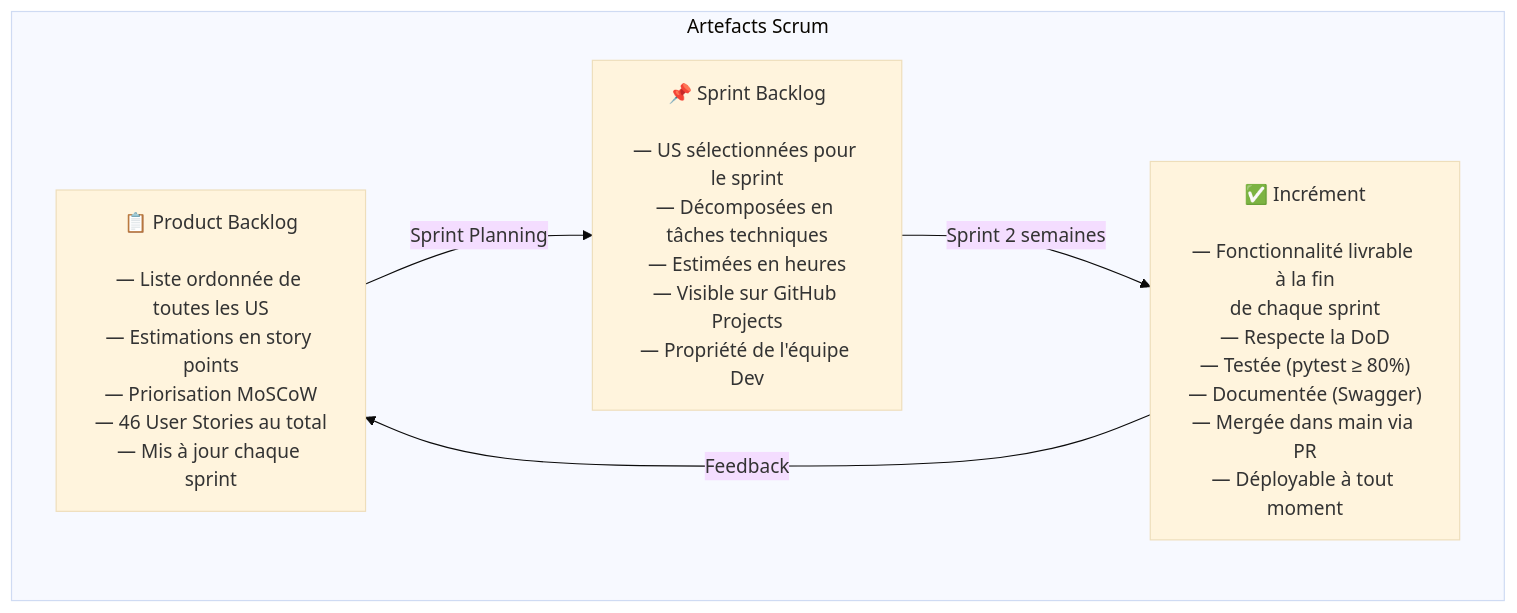
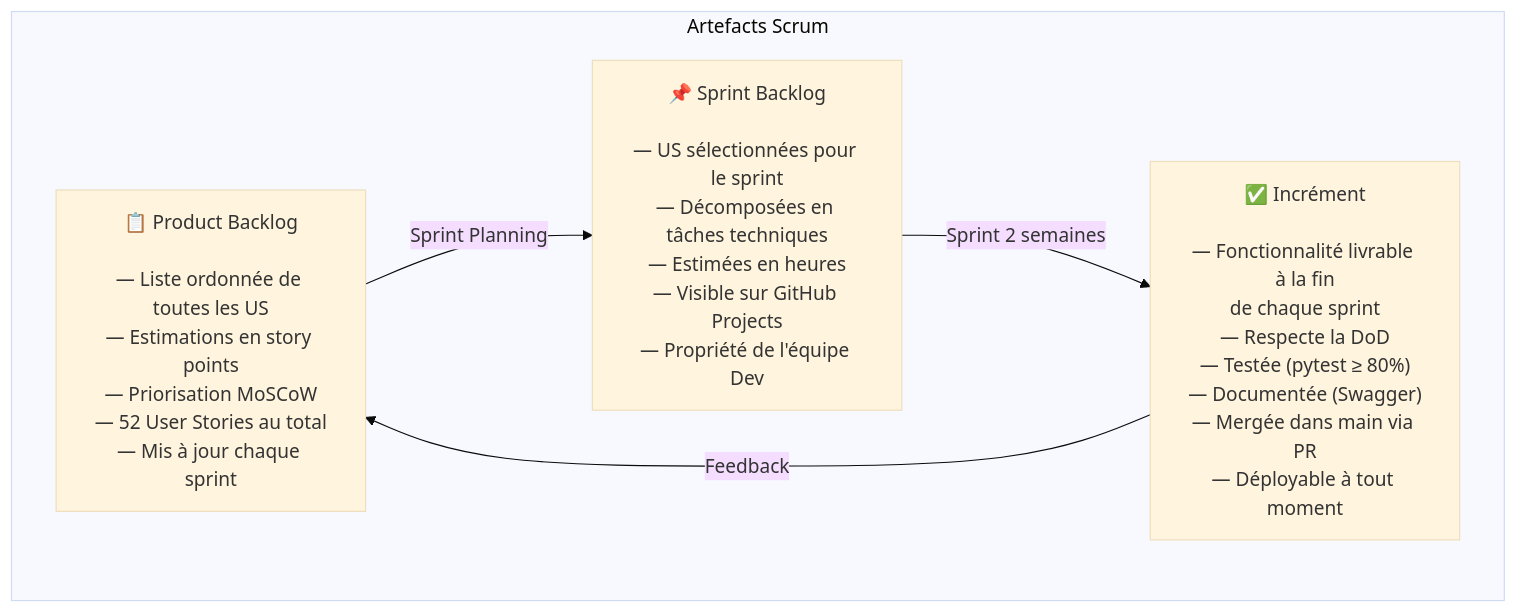
Before and after one commit to Boussyf0/MediSense-AI: the second of 21 diagrams in docs/METHODOLOGIE.md, drawn with Mermaid (base theme). The commit also changed other lines of this file, not shown here.

First line of the commit message:
feat(backlog): add frontend sprints 9 & 10 + 14 new user stories (US-47→US-60)

````diff
--- a/docs/METHODOLOGIE.md
+++ b/docs/METHODOLOGIE.md
@@ -78,14 +78,14 @@
 ```mermaid
 flowchart TB
     subgraph ARTIFACTS["Artefacts Scrum"]
-        PBL["📋 Product Backlog<br/><br/>— Liste ordonnée de toutes les US<br/>— Estimations en story points<br/>— Priorisation MoSCoW<br/>— 46 User Stories au total<br/>— Mis à jour chaque sprint"]
+        PBL["📋 Product Backlog<br/><br/>— Liste ordonnée de toutes les US<br/>— Estimations en story points<br/>— Priorisation MoSCoW<br/>— 52 User Stories au total<br/>— Mis à jour chaque sprint"]
 
         SBL["📌 Sprint Backlog<br/><br/>— US sélectionnées pour le sprint<br/>— Décomposées en tâches techniques<br/>— Estimées en heures<br/>— Visible sur GitHub Projects<br/>— Propriété de l'équipe Dev"]
 
         INC["✅ Incrément<br/><br/>— Fonctionnalité livrable à la fin<br/>de chaque sprint<br/>— Respecte la DoD<br/>— Testée (pytest ≥ 80%)<br/>— Documentée (Swagger)<br/>— Mergée dans main via PR<br/>— Déployable à tout moment"]
     end
 
     PBL -->|"Sprint Planning"| SBL
     SBL -->|"Sprint 2 semaines"| INC
     INC -->|"Feedback"| PBL
 ```
````
